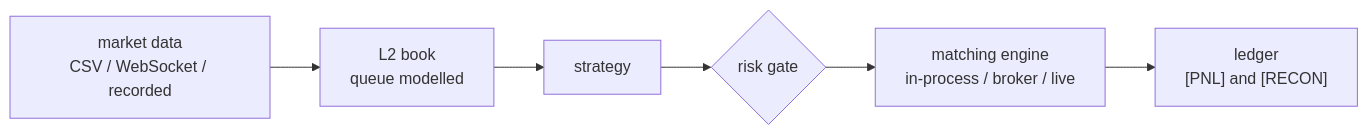
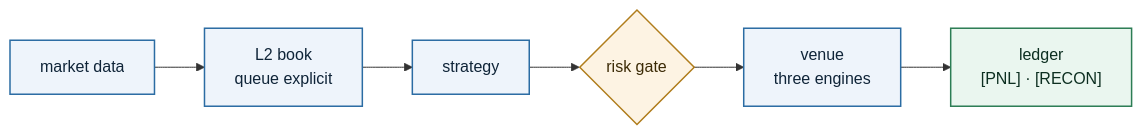
The diagram in docs/_figures/path-front.mmd (12mango/ToyQuant), drawn with Mermaid before and after one commit. The commit also changed 7 other files, not shown here.

First line of the commit message:
Redraw the two front figures so they read at page width and in the dark

````diff
--- a/docs/_figures/path-front.mmd
+++ b/docs/_figures/path-front.mmd
@@ -1,11 +1,15 @@
 ```mermaid
-%% The front door's version of the path: the same chain, six boxes, no side branches. The full one, with the
-%% three engines and the recording loop, is `path.mmd` on the quickstart. README.md carries a copy, because GitHub
-%% renders mermaid but cannot include a file.
+%% The front door's version of the path: the same six boxes, no side branches. The two-layer one is `path.mmd` on the
+%% quickstart; README.md carries a copy of this file, because GitHub renders mermaid but cannot include one.
+%% The explicit fills and colours are the dark-mode fix: Mermaid's default theme is dark text on a transparent
+%% background, which vanishes on Material's dark page, so every node carries its own background.
 flowchart LR
-    D["market data<br/>CSV / WebSocket / recorded"] --> B["L2 book<br/>queue modelled"]
-    B --> S["strategy"]
-    S --> G{"risk gate"}
-    G --> M["matching engine<br/>in-process / broker / live"]
-    M --> L["ledger<br/>[PNL] and [RECON]"]
+    D["market data"] --> B["L2 book<br/>queue explicit"] --> S["strategy"] --> G{"risk gate"} --> M["venue<br/>three engines"] --> L["ledger<br/>[PNL] · [RECON]"]
+
+    classDef box fill:#eef4fb,stroke:#2b6ca3,stroke-width:1.5px,color:#0f2438
+    classDef gate fill:#fdf3e3,stroke:#b07d1c,stroke-width:1.5px,color:#3b2a06
+    classDef good fill:#eaf6ef,stroke:#2c7d54,stroke-width:1.5px,color:#0d2f21
+    class D,B,S,M box
+    class G gate
+    class L good
 ```
````
